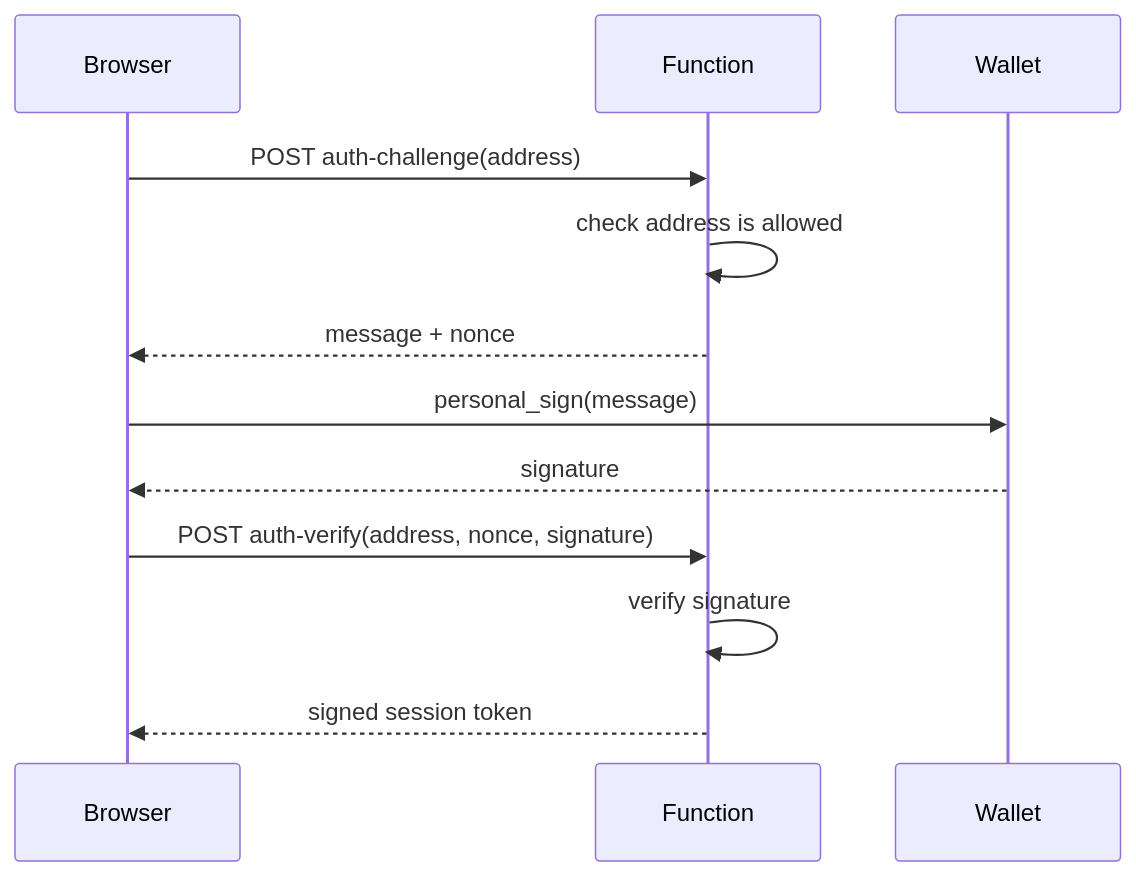
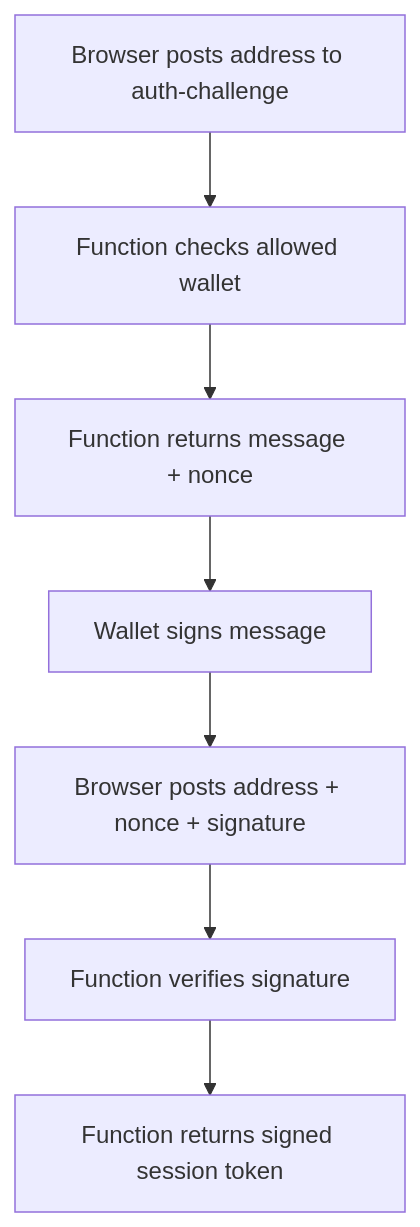
The sixth of 10 diagrams in docs/polymarket-wizard-guide.md (alphastack1/POLYMARKET-WIZARD), drawn with Mermaid before and after one commit. The commit also changed other lines of this file and 1 other file, not shown here.

Commit message:
Mask guide secrets and verticalize diagrams

````diff
--- a/docs/polymarket-wizard-guide.md
+++ b/docs/polymarket-wizard-guide.md
@@ -463,14 +454,9 @@
 ```mermaid
-sequenceDiagram
-  participant B as Browser
-  participant F as Function
-  participant W as Wallet
-  B->>F: POST auth-challenge(address)
-  F->>F: check address is allowed
-  F-->>B: message + nonce
-  B->>W: personal_sign(message)
-  W-->>B: signature
-  B->>F: POST auth-verify(address, nonce, signature)
-  F->>F: verify signature
-  F-->>B: signed session token
+flowchart TB
+  A["Browser posts address to auth-challenge"] --> B["Function checks allowed wallet"]
+  B --> C["Function returns message + nonce"]
+  C --> D["Wallet signs message"]
+  D --> E["Browser posts address + nonce + signature"]
+  E --> F["Function verifies signature"]
+  F --> G["Function returns signed session token"]
 ```
````
